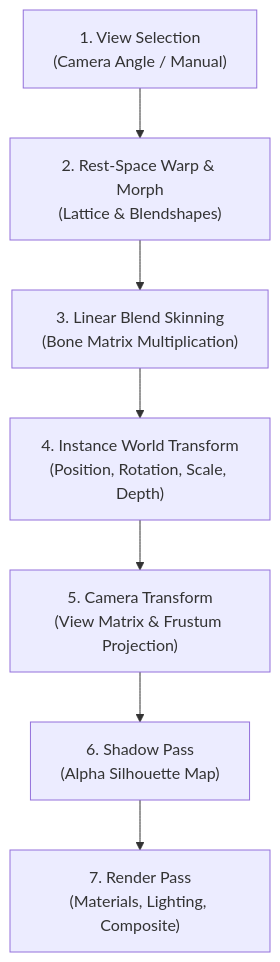
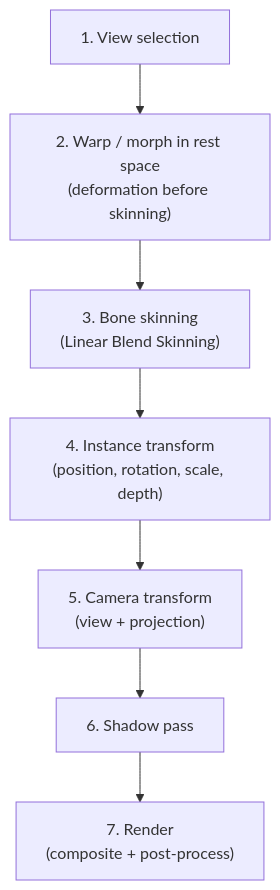
Before and after one commit to khuonghiiro/parallax-studio: the diagram in docs/DEFORMATION_PIPELINE.md, drawn with Mermaid. The commit also changed other lines of this file and 48 other files, not shown here.

````diff
--- a/docs/DEFORMATION_PIPELINE.md
+++ b/docs/DEFORMATION_PIPELINE.md
@@ -9,9 +8,9 @@
 ```mermaid
 flowchart TD
-  A["1. View Selection<br/>(Camera Angle / Manual)"] --> B["2. Rest-Space Warp & Morph<br/>(Lattice & Blendshapes)"]
-  B --> C["3. Linear Blend Skinning<br/>(Bone Matrix Multiplication)"]
-  C --> D["4. Instance World Transform<br/>(Position, Rotation, Scale, Depth)"]
-  D --> E["5. Camera Transform<br/>(View Matrix & Frustum Projection)"]
-  E --> F["6. Shadow Pass<br/>(Alpha Silhouette Map)"]
-  F --> G["7. Render Pass<br/>(Materials, Lighting, Composite)"]
+  A["1. View selection"] --> B["2. Warp / morph in rest space<br/>(deformation before skinning)"]
+  B --> C["3. Bone skinning<br/>(Linear Blend Skinning)"]
+  C --> D["4. Instance transform<br/>(position, rotation, scale, depth)"]
+  D --> E["5. Camera transform<br/>(view + projection)"]
+  E --> F["6. Shadow pass"]
+  F --> G["7. Render<br/>(composite + post-process)"]
 ```
````
